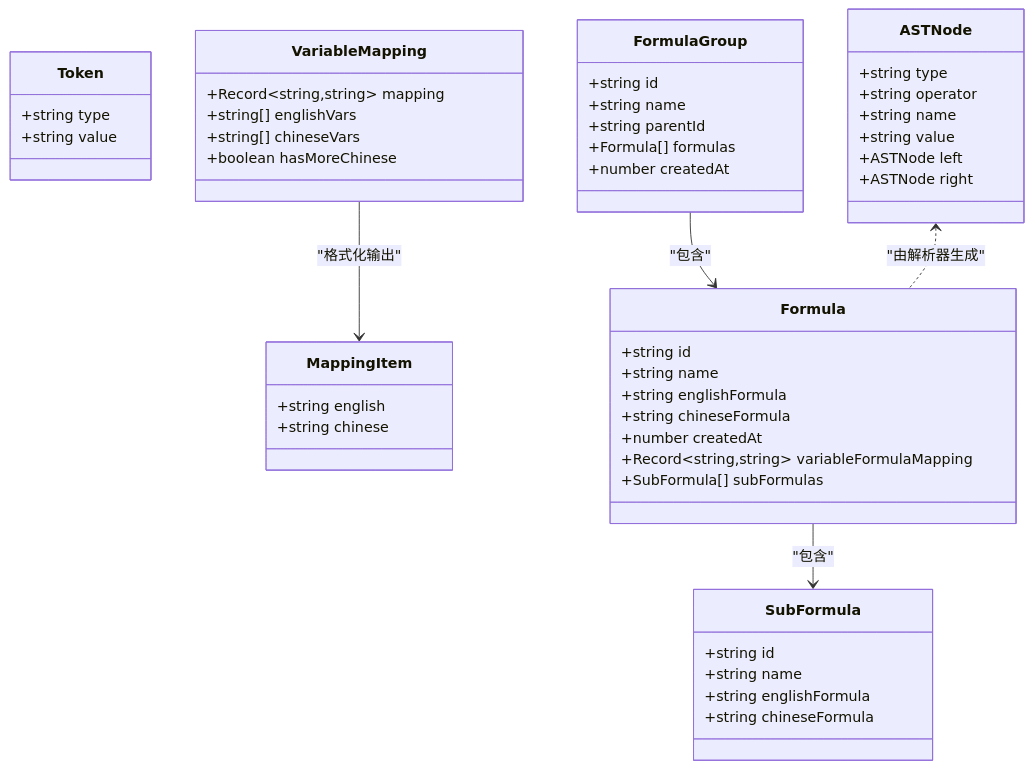
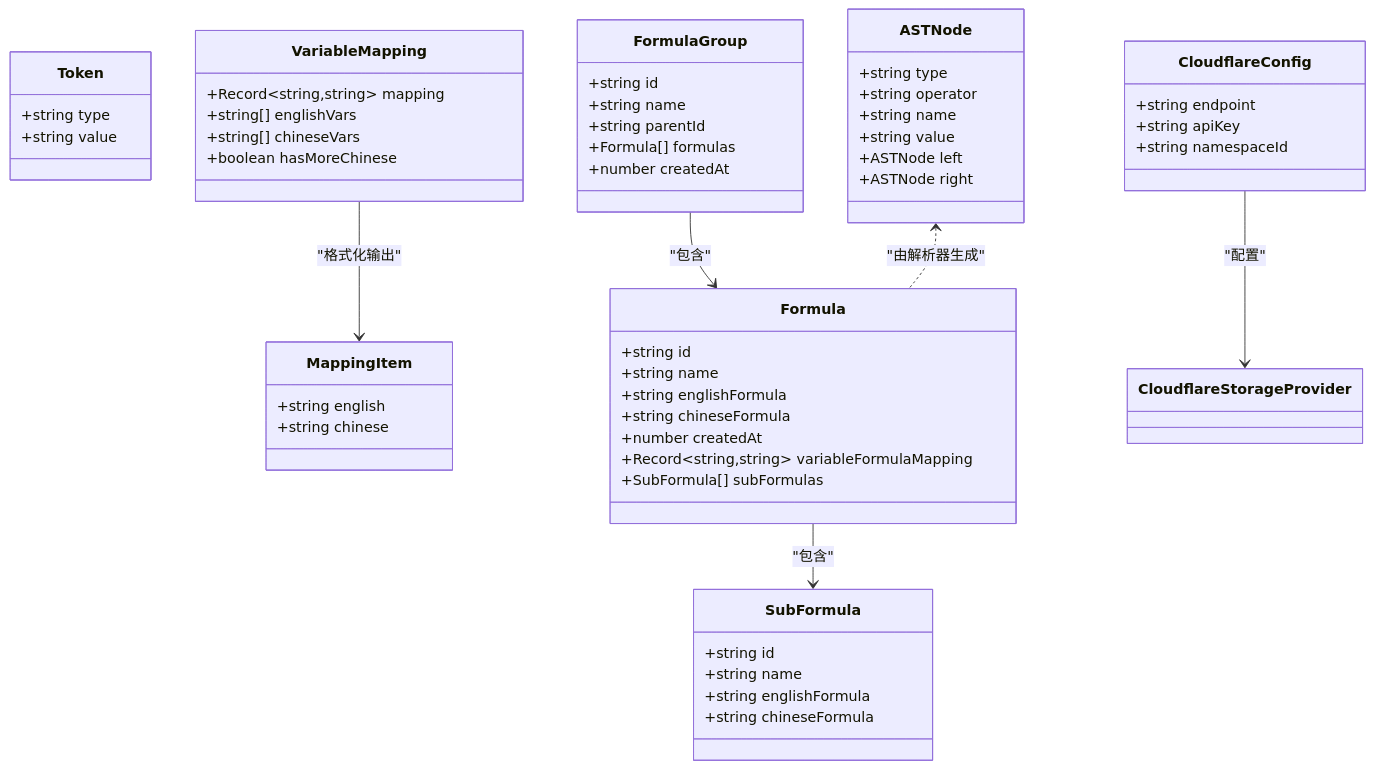
Before and after one commit to steveyu2/formula-mapper: the third of 17 diagrams in .qoder/repowiki/zh/content/开发者指南/开发者指南.md, drawn with Mermaid. The commit also changed other lines of this file and 7 other files, not shown here.

````diff
--- a/.qoder/repowiki/zh/content/开发者指南/开发者指南.md
+++ b/.qoder/repowiki/zh/content/开发者指南/开发者指南.md
@@ -200,51 +215,57 @@
 ```mermaid
 classDiagram
 class Token {
 +string type
 +string value
 }
 class ASTNode {
 +string type
 +string operator
 +string name
 +string value
 +ASTNode left
 +ASTNode right
 }
 class VariableMapping {
 +Record~string,string~ mapping
 +string[] englishVars
 +string[] chineseVars
 +boolean hasMoreChinese
 }
 class MappingItem {
 +string english
 +string chinese
 }
 class Formula {
 +string id
 +string name
 +string englishFormula
 +string chineseFormula
 +number createdAt
 +Record~string,string~ variableFormulaMapping
 +SubFormula[] subFormulas
 }
 class SubFormula {
 +string id
 +string name
 +string englishFormula
 +string chineseFormula
 }
 class FormulaGroup {
 +string id
 +string name
 +string parentId
 +Formula[] formulas
 +number createdAt
 }
+class CloudflareConfig {
++string endpoint
++string apiKey
++string namespaceId
+}
 VariableMapping --> MappingItem : "格式化输出"
 Formula --> SubFormula : "包含"
 FormulaGroup --> Formula : "包含"
 ASTNode <.. Formula : "由解析器生成"
+CloudflareConfig --> CloudflareStorageProvider : "配置"
 ```
````
